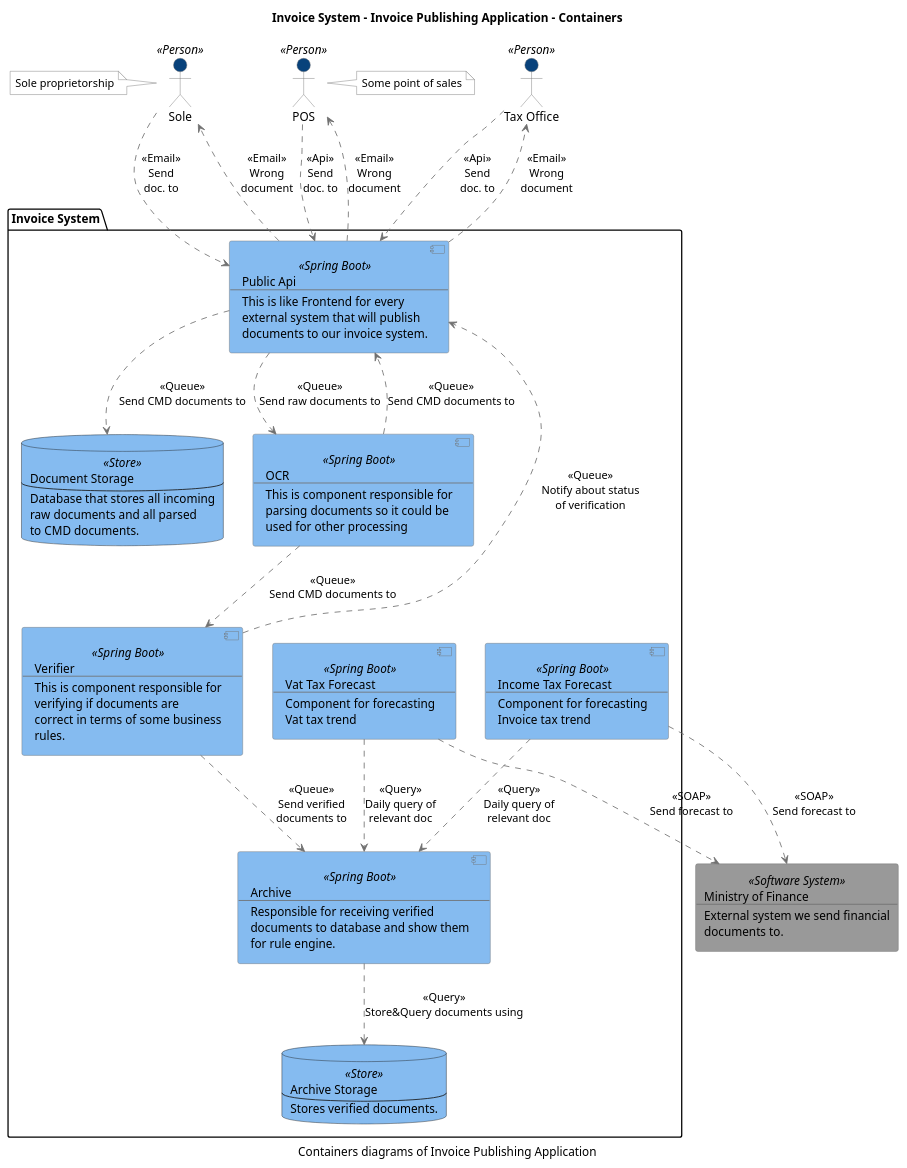
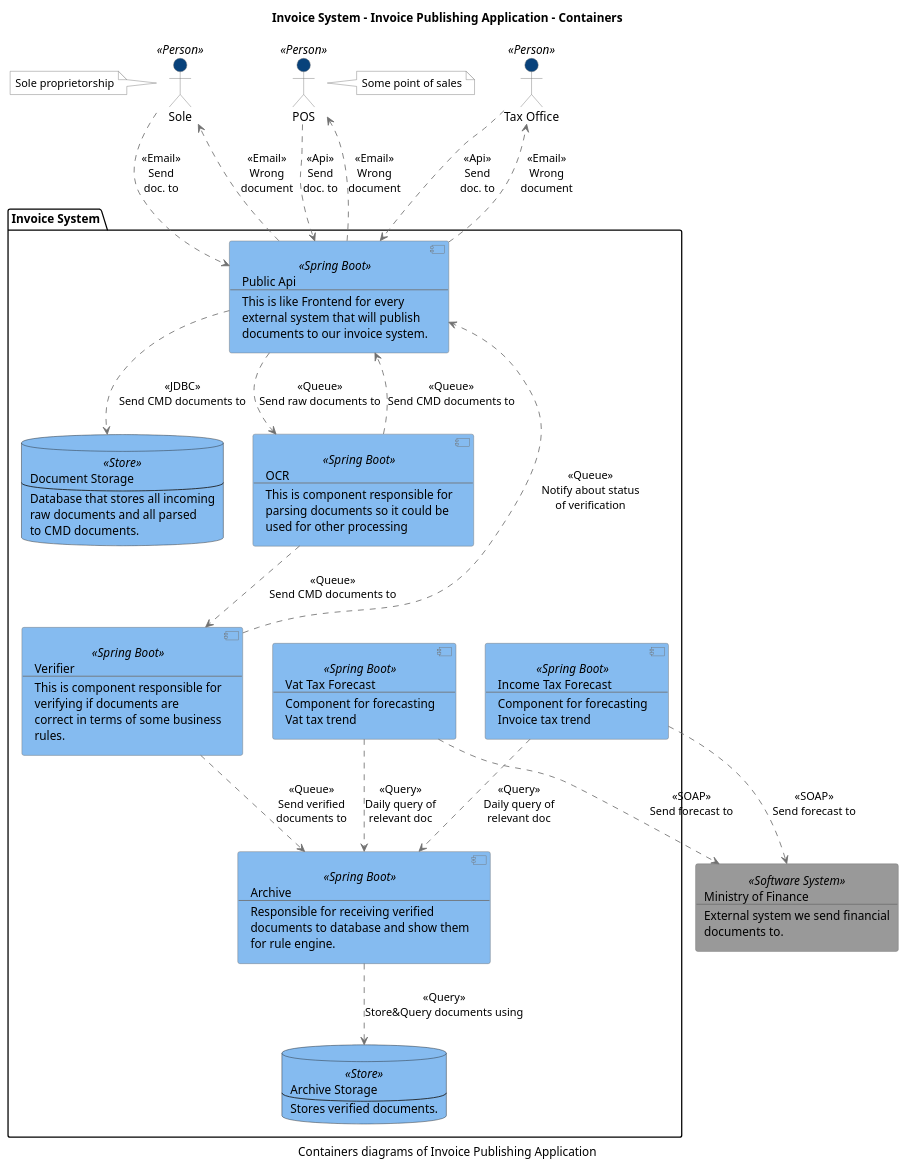
The diagram in doc/architecture/diagrams/C3-ContainerContext.puml (tmucha82/invoices), drawn with PlantUML before and after one commit. The commit also changed 6 other files, not shown here.

```diff
--- a/doc/architecture/diagrams/C3-ContainerContext.puml
+++ b/doc/architecture/diagrams/C3-ContainerContext.puml
@@ -1,106 +1,106 @@
 @startuml(id=Components)
 scale max 2000x1409
 title Invoice System - Invoice Publishing Application - Containers
 caption Containers diagrams of Invoice Publishing Application
 
 skinparam {
   shadowing false
   arrowColor #707070
   actorBorderColor #707070
   componentBorderColor #707070
   rectangleBorderColor #707070
   noteBackgroundColor #ffffff
   noteBorderColor #707070
 }
 actor "Sole" <<Person>> as 1 #08427b
 note left of 1
     Sole proprietorship
 end note
 actor "Tax Office" <<Person>> as 2 #08427b
 actor "POS" <<Person>> as 3 #08427b
 note right of 3
     Some point of sales
 end note
 
 rectangle 301 <<Software System>> #999999 [
   Ministry of Finance
   --
   External system we send financial
   documents to.
 ]
 
 package "Invoice System" as 123 {
   component 201 <<Spring Boot>> #85bbf0 [
     Public Api
     --
     This is like Frontend for every
     external system that will publish
     documents to our invoice system.
   ]
   component 202 <<Spring Boot>> #85bbf0 [
     OCR
     --
     This is component responsible for
     parsing documents so it could be
     used for other processing
   ]
   database 203 <<Store>> #85bbf0 [
     Document Storage
     --
     Database that stores all incoming
     raw documents and all parsed
     to CMD documents.
   ]
   component 204 <<Spring Boot>> #85bbf0 [
     Verifier
     --
     This is component responsible for
     verifying if documents are
     correct in terms of some business
     rules.
   ]
   component 205 <<Spring Boot>> #85bbf0 [
     Archive
     --
     Responsible for receiving verified
     documents to database and show them
     for rule engine.
   ]
   database 206 <<Store>> #85bbf0 [
     Archive Storage
     --
     Stores verified documents.
   ]
   component 207 <<Spring Boot>> #85bbf0 [
     Vat Tax Forecast
     --
     Component for forecasting
     Vat tax trend
   ]
   component 208 <<Spring Boot>> #85bbf0 [
     Income Tax Forecast
     --
     Component for forecasting
     Invoice tax trend
   ]
 }
 
 1 .[#707070].> 201 : <<Email>>\nSend\ndoc. to
 2 .[#707070].> 201 : <<Api>>\nSend\ndoc. to
 3 .[#707070].> 201 : <<Api>>\nSend\ndoc. to
 201 .[#707070].> 202 : <<Queue>>\nSend raw documents to
 202 .[#707070].> 201 : <<Queue>>\nSend CMD documents to
-201 .[#707070].> 203 : <<Queue>>\nSend CMD documents to
+201 .[#707070].> 203 : <<JDBC>>\nSend CMD documents to
 202 .[#707070].> 204 : <<Queue>>\nSend CMD documents to
 204 .[#707070].> 201 : <<Queue>>\nNotify about status\nof verification
 201 .[#707070].> 1 : <<Email>>\nWrong\ndocument
 201 .[#707070].> 2 : <<Email>>\nWrong\ndocument
 201 .[#707070].> 3 : <<Email>>\nWrong\ndocument
 204 .[#707070].> 205 : <<Queue>>\nSend verified\ndocuments to
 205 .[#707070].> 206 : <<Query>>\nStore&Query documents using
 207 .[#707070].> 205 : <<Query>>\nDaily query of\nrelevant doc
 208 .[#707070].> 205 : <<Query>>\nDaily query of\nrelevant doc
 207 .[#707070].> 301 : <<SOAP>>\nSend forecast to
 208 .[#707070].> 301 : <<SOAP>>\nSend forecast to
 
 @enduml
```
